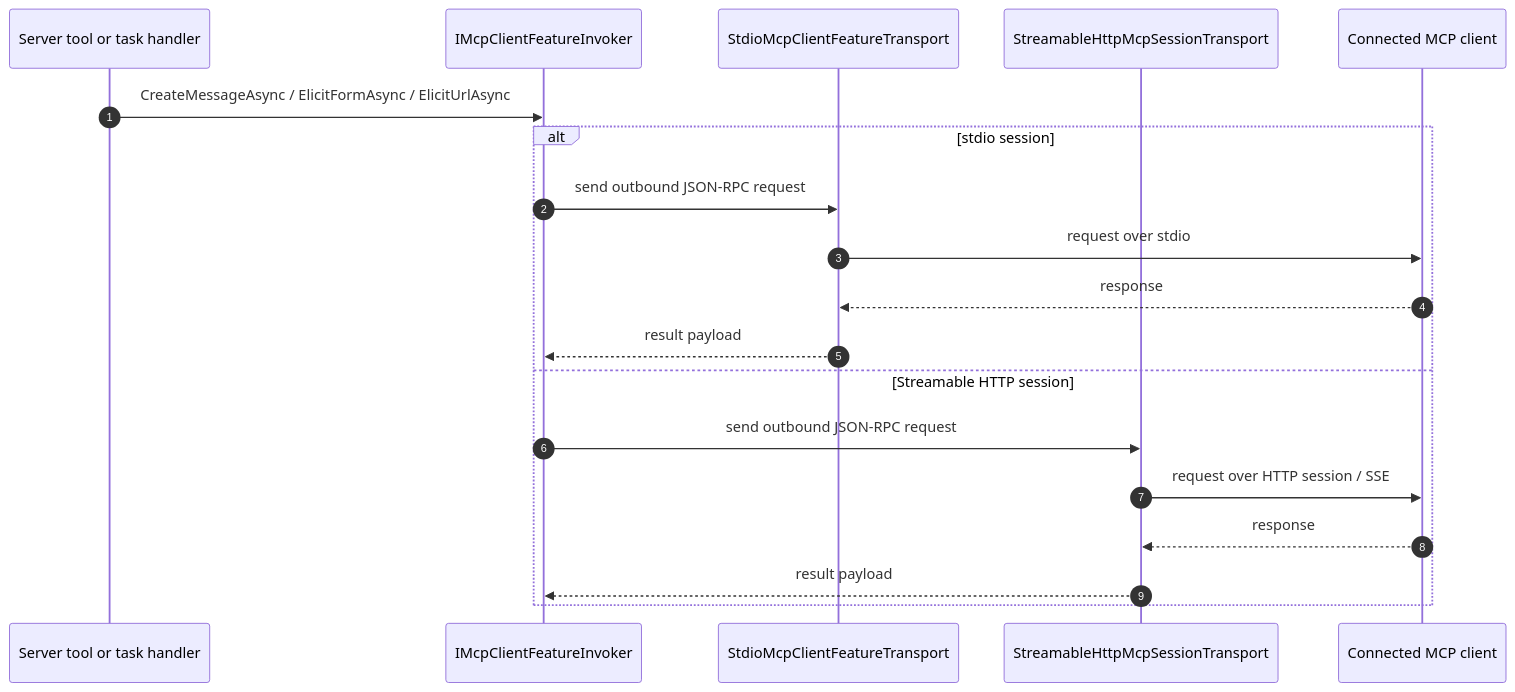
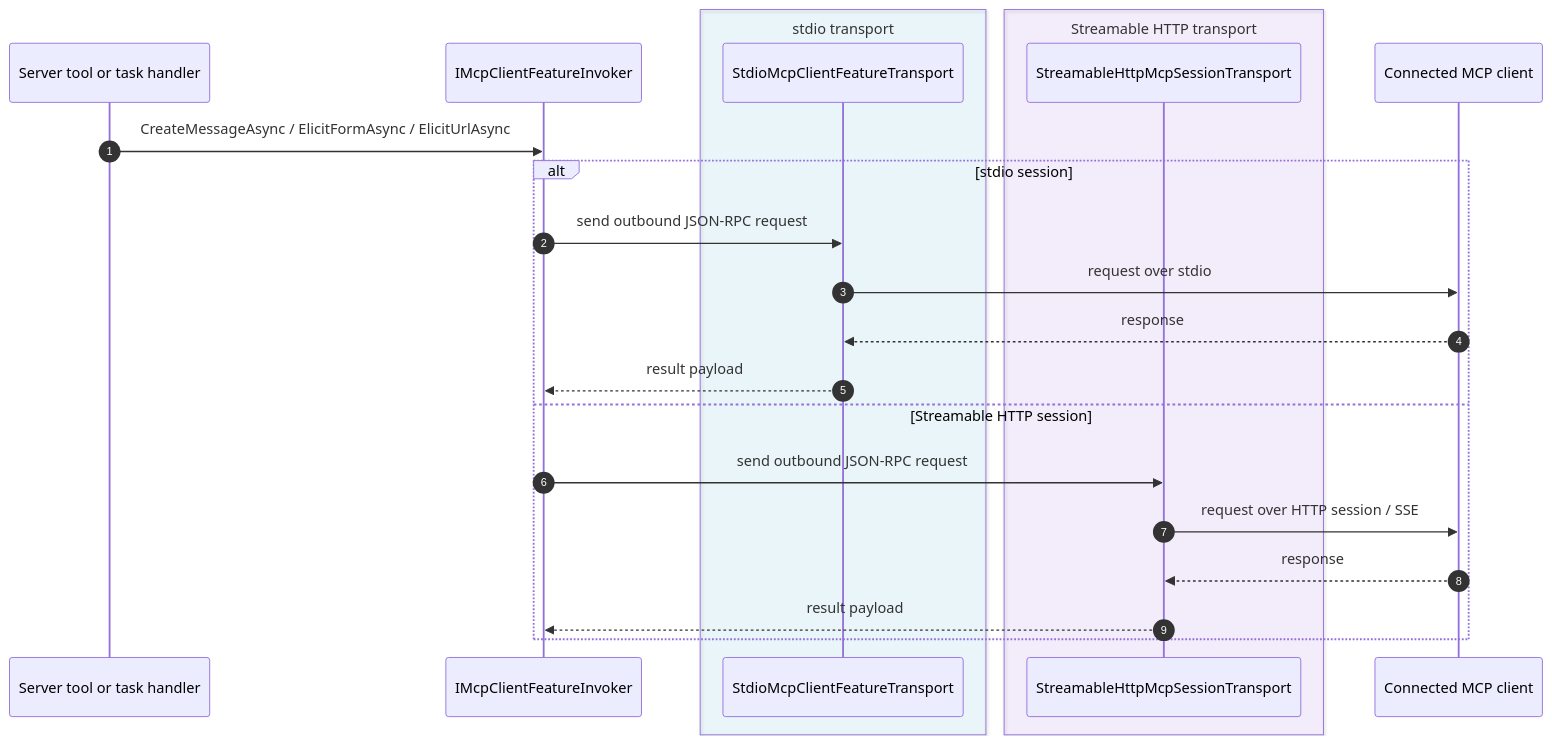
The diagram in docs/CLIENT_INTERACTION_RUNTIME.md (haxxornulled/SharpMCPServer), drawn with Mermaid before and after one commit. The commit also changed 97 other files, not shown here.

````diff
--- a/docs/CLIENT_INTERACTION_RUNTIME.md
+++ b/docs/CLIENT_INTERACTION_RUNTIME.md
@@ -21,22 +21,26 @@
 ```mermaid
 sequenceDiagram
     autonumber
     participant Tool as Server tool or task handler
     participant Facade as IMcpClientFeatureInvoker
-    participant Stdio as StdioMcpClientFeatureTransport
-    participant Http as StreamableHttpMcpSessionTransport
+    box rgba(56,189,248,0.08) stdio transport
+        participant Stdio as StdioMcpClientFeatureTransport
+    end
+    box rgba(168,85,247,0.08) Streamable HTTP transport
+        participant Http as StreamableHttpMcpSessionTransport
+    end
     participant Client as Connected MCP client
 
     Tool->>Facade: CreateMessageAsync / ElicitFormAsync / ElicitUrlAsync
     alt stdio session
         Facade->>Stdio: send outbound JSON-RPC request
         Stdio->>Client: request over stdio
         Client-->>Stdio: response
         Stdio-->>Facade: result payload
     else Streamable HTTP session
         Facade->>Http: send outbound JSON-RPC request
         Http->>Client: request over HTTP session / SSE
         Client-->>Http: response
         Http-->>Facade: result payload
     end
 ```
````
